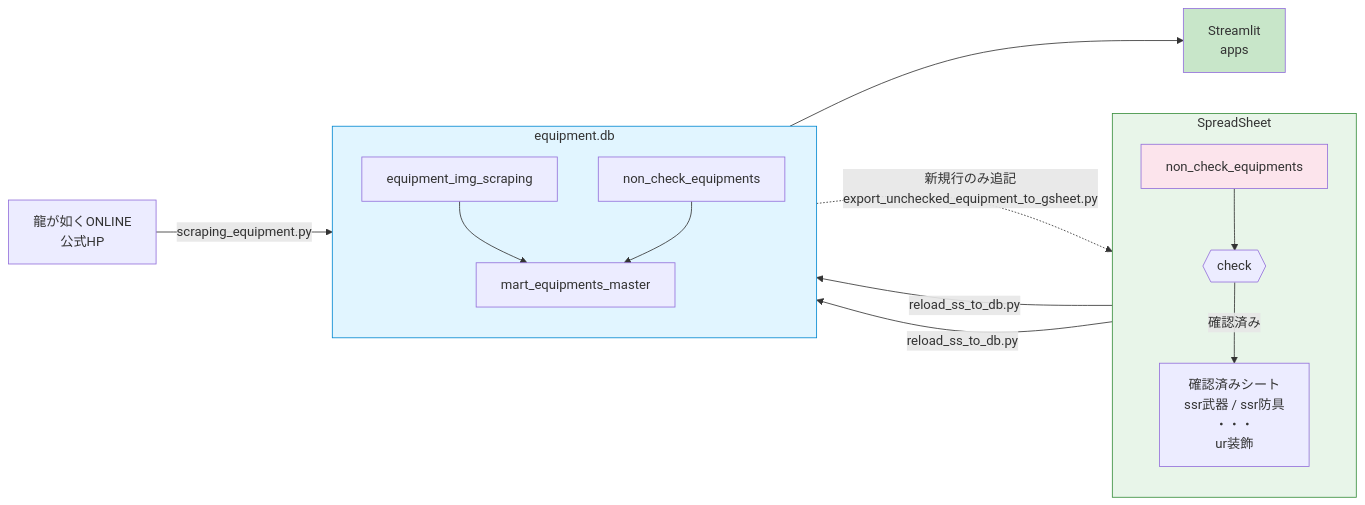
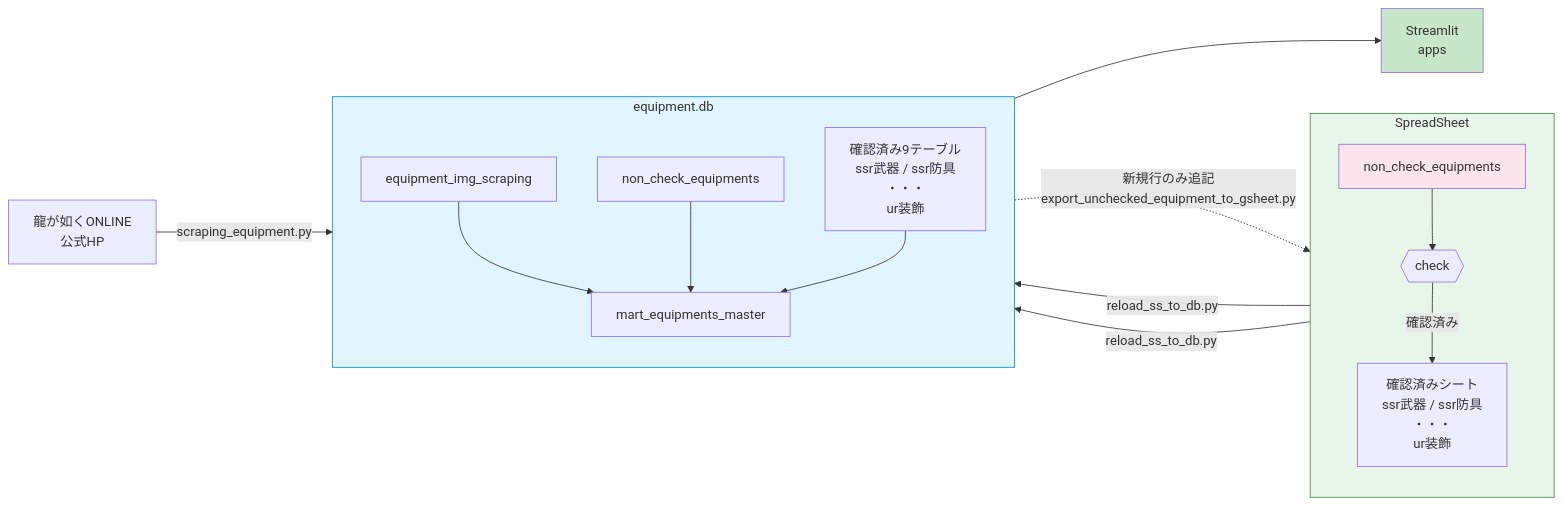
One commit to apricot496/ryuon_equipment0825 changed the diagram in README.md. Above: the diagram before and after it, drawn with Mermaid.

Commit message:
issue_018: Mermaid図に確認済み9テーブル→martのフローを追加

````diff
--- a/README.md
+++ b/README.md
@@ -57,35 +57,37 @@
 ```mermaid
 flowchart LR
   Web["龍が如くONLINE\n公式HP"]
 
   subgraph SS["SpreadSheet"]
     direction TB
     SSNonCheck["non_check_equipments"]
     Check{{"check"}}
     SS9["確認済みシート\nssr武器 / ssr防具\n・・・\nur装飾"]
     SSNonCheck --> Check
     Check -->|"確認済み"| SS9
   end
 
   subgraph DB["equipment.db"]
     direction TB
     ImgScraping["equipment_img_scraping"]
     NonCheckDB["non_check_equipments"]
+    Tables9["確認済み9テーブル\nssr武器 / ssr防具\n・・・\nur装飾"]
     Mart["mart_equipments_master"]
     ImgScraping --> Mart
     NonCheckDB --> Mart
+    Tables9 --> Mart
   end
 
   App["Streamlit\napps"]
 
   Web -->|"scraping_equipment.py"| ImgScraping
   ImgScraping -.->|"新規行のみ追記\nexport_unchecked_equipment_to_gsheet.py"| SSNonCheck
   SSNonCheck -->|"reload_ss_to_db.py"| NonCheckDB
-  SS9 -->|"reload_ss_to_db.py"| DB
+  SS9 -->|"reload_ss_to_db.py"| Tables9
   Mart --> App
 
   style SS fill:#e8f5e9,stroke:#388e3c
   style DB fill:#e1f5ff,stroke:#0288d1
   style SSNonCheck fill:#fce4ec
   style App fill:#c8e6c9
 ```
````
